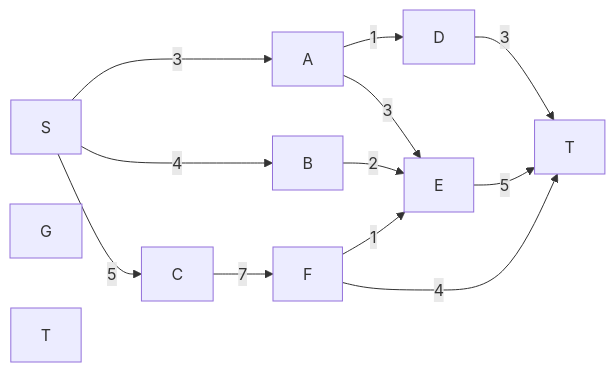
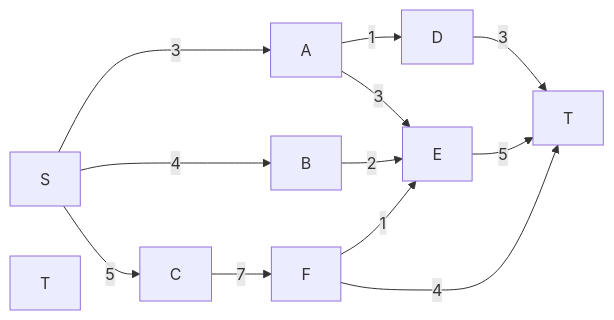
The second of 2 diagrams in README.md (soku1203/Ford-Fulkerson-Algorithm-), drawn with Mermaid before and after one commit.

````diff
--- a/README.md
+++ b/README.md
@@ -135,23 +135,22 @@
 ```mermaid
 graph LR;
     S[S]
     A[A]
     B[B]
     C[C]
     D[D]
     E[E]
     F[F]
-    G[G]
     H[T]
     S--3-->A;
     S--4-->B;
     S--5-->C;
     A--1-->D;
     A--3-->E;
     B--2-->E;
     C--7-->F;
     F--1-->E;
     E--5-->T;
     F--4-->T;
     D--3-->T;
 ```
````
